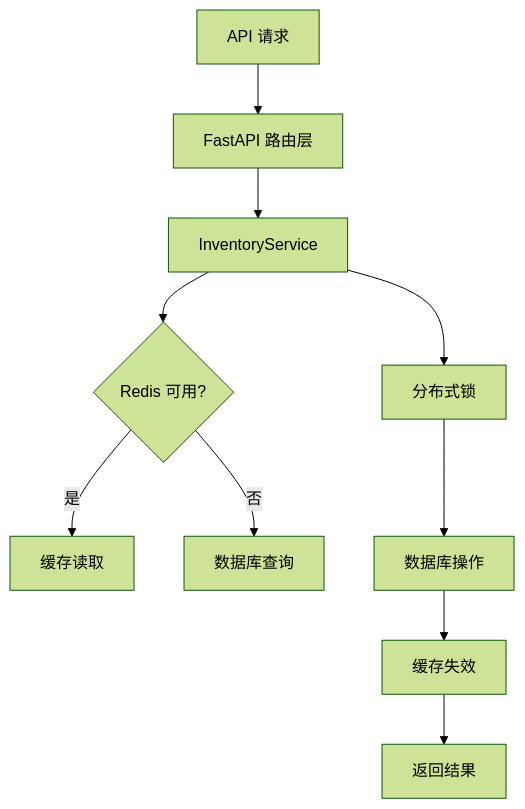
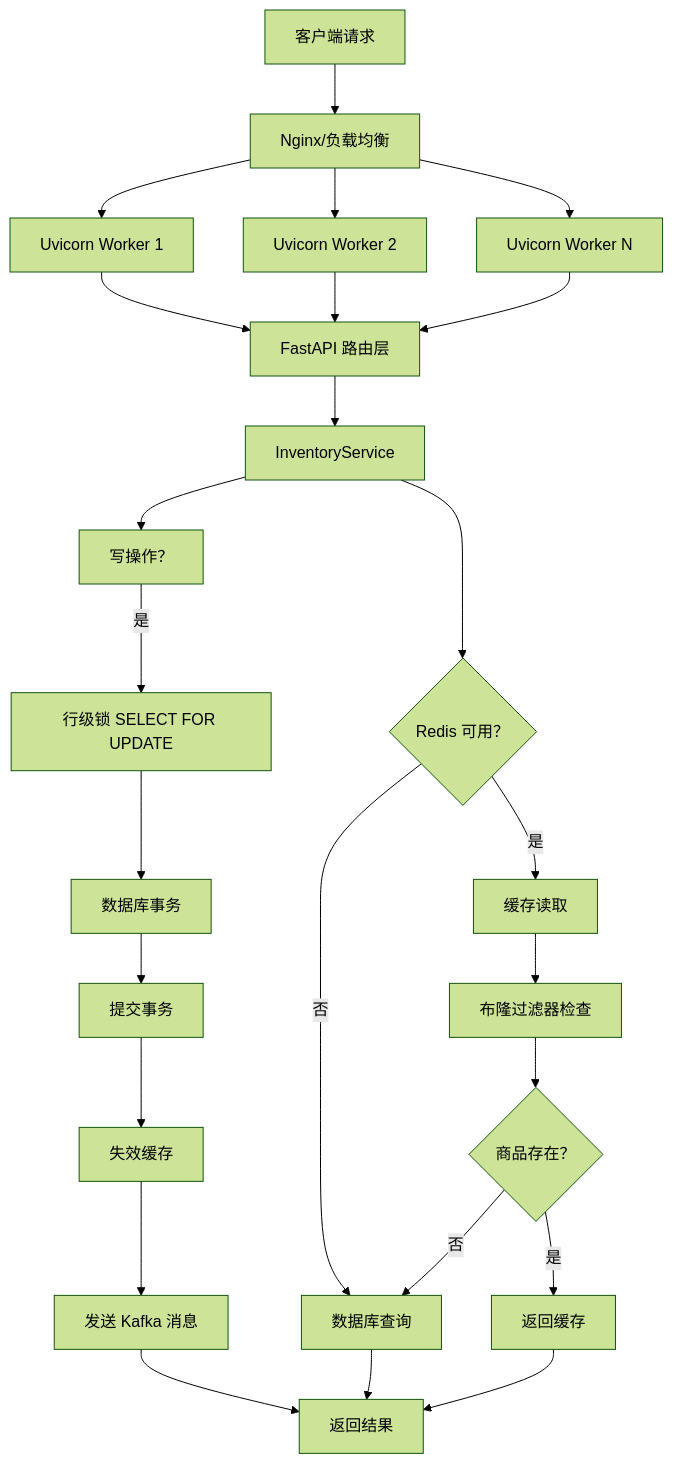
One commit to 15087312/FastAPI changed the diagram in README.md. Above: the diagram before and after it, drawn with Mermaid (forest theme). The commit also changed other lines of this file and 12 other files, not shown here.

````diff
--- a/README.md
+++ b/README.md
@@ -202,12 +254,32 @@
 ```mermaid
 graph TD
-    A[API 请求] --> B[FastAPI 路由层]
-    B --> C[InventoryService]
-    C --> D{Redis 可用?}
-    D -->|是| E[缓存读取]
-    D -->|否| F[数据库查询]
-    C --> G[分布式锁]
-    G --> H[数据库操作]
-    H --> I[缓存失效]
-    I --> J[返回结果]
+    A[客户端请求] --> B[Nginx/负载均衡]
+    B --> C[Uvicorn Worker 1]
+    B --> D[Uvicorn Worker 2]
+    B --> E[Uvicorn Worker N]
+    
+    C --> F[FastAPI 路由层]
+    D --> F
+    E --> F
+    
+    F --> G[InventoryService]
+    G --> H{Redis 可用？}
+    H -->|是 | I[缓存读取]
+    H -->|否 | J[数据库查询]
+    
+    I --> K[布隆过滤器检查]
+    K --> L{商品存在？}
+    L -->|是 | M[返回缓存]
+    L -->|否 | J
+    
+    G --> N[写操作？]
+    N -->|是 | O[行级锁 SELECT FOR UPDATE]
+    O --> P[数据库事务]
+    P --> Q[提交事务]
+    Q --> R[失效缓存]
+    R --> S[发送 Kafka 消息]
+    S --> T[返回结果]
+    
+    J --> T
+    M --> T
 ```
````
